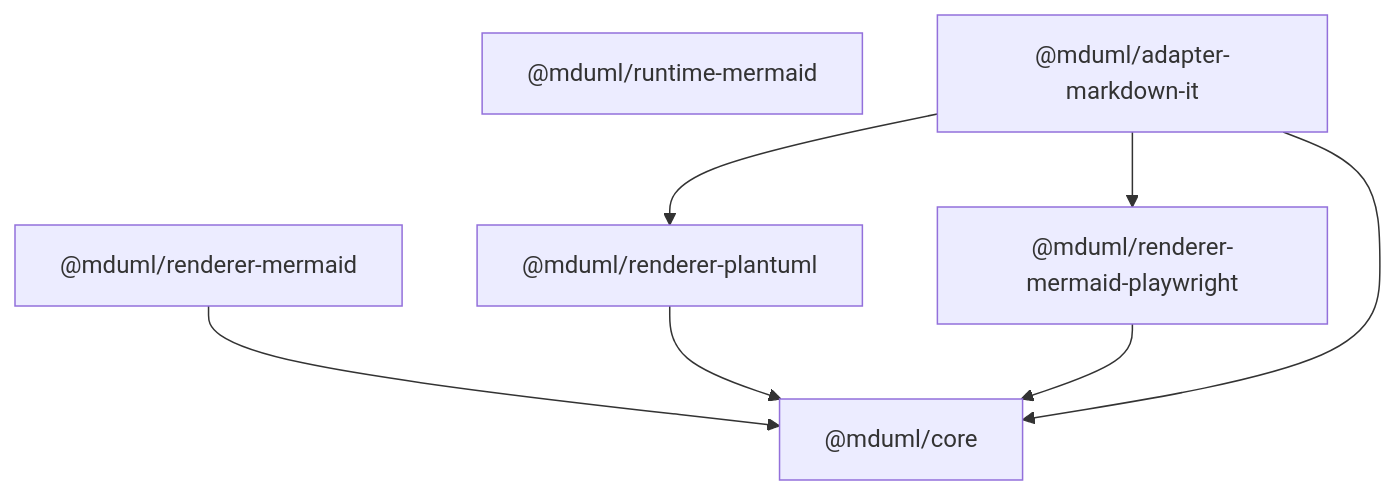
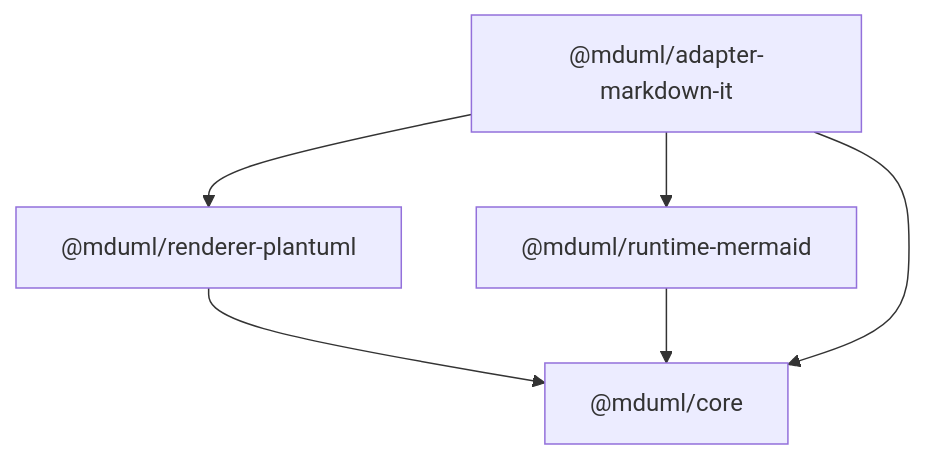
The diagram in README.md (guangyiliushan/mduml), drawn with Mermaid before and after one commit. The commit also changed other lines of this file and 14 other files, not shown here.

Commit message:
docs: update architecture/package graph/project structure after 8->6 package consolidation; root scripts to pnpm -r

````diff
--- a/README.md
+++ b/README.md
@@ -76,16 +74,13 @@
 ```mermaid
 graph TD
   core["@mduml/core"]
-  renderer_mermaid["@mduml/renderer-mermaid"]
   renderer_plantuml["@mduml/renderer-plantuml"]
   runtime_mermaid["@mduml/runtime-mermaid"]
-  renderer_mermaid_pw["@mduml/renderer-mermaid-playwright"]
   adapter_mdit["@mduml/adapter-markdown-it"]
 
-  renderer_mermaid --> core
   renderer_plantuml --> core
-  renderer_mermaid_pw --> core
+  runtime_mermaid --> core
   adapter_mdit --> core
   adapter_mdit --> renderer_plantuml
-  adapter_mdit --> renderer_mermaid_pw
+  adapter_mdit --> runtime_mermaid
 ```
````
